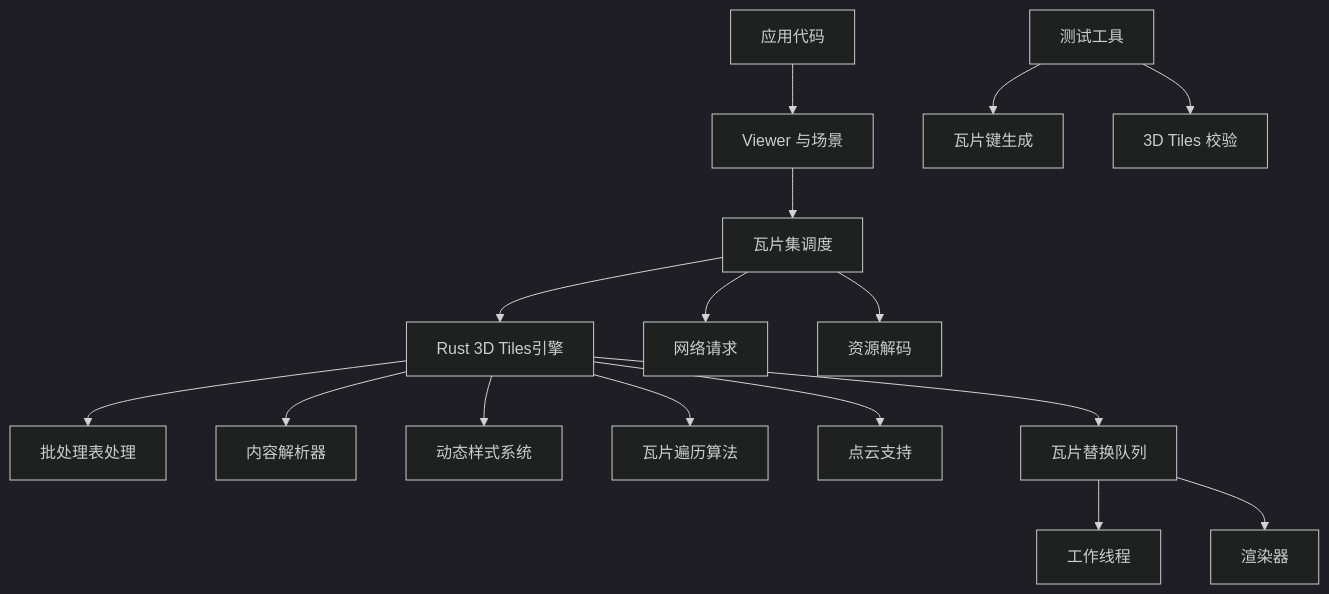
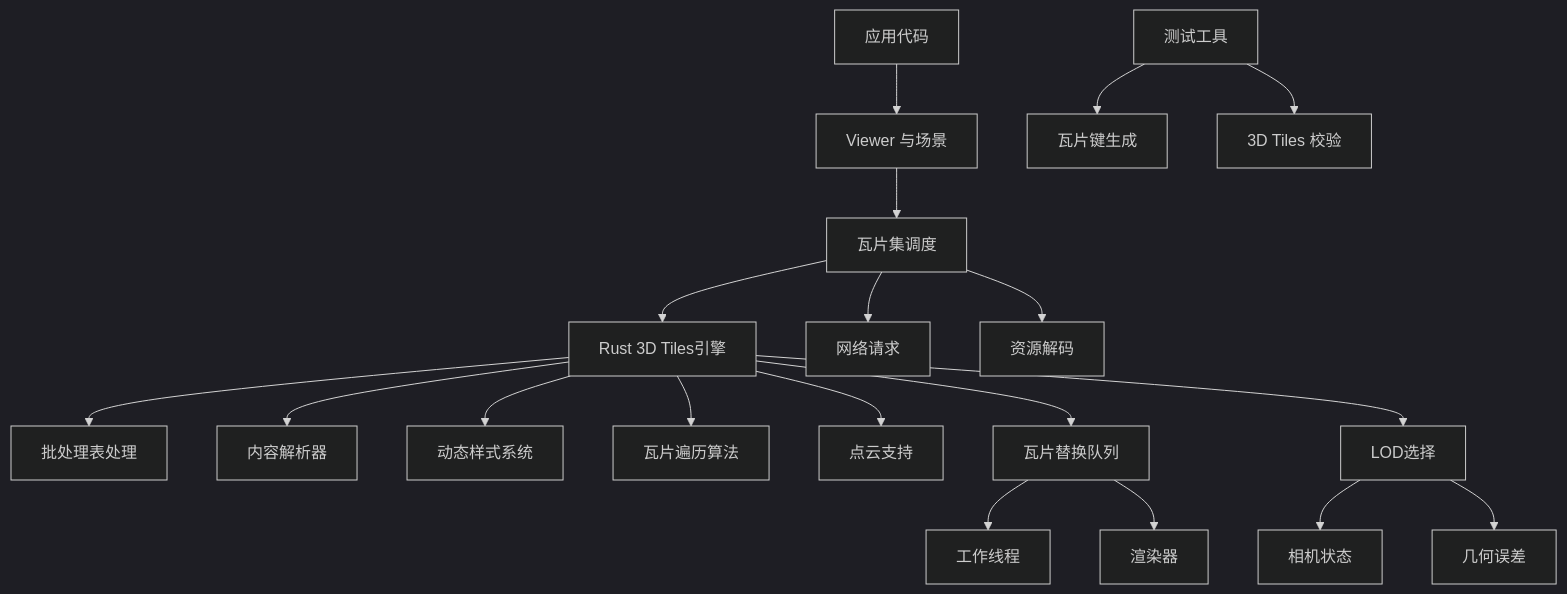
Before and after one commit to rzhangjing/cesium: diagram 11 of 11 in .qoder/repowiki/zh/content/项目概述/核心特性/3D数据格式支持/3D Tiles标准支持/瓦片集管理.md, drawn with Mermaid (dark theme). The commit also changed other lines of this file and 407 other files, not shown here.

````diff
--- a/.qoder/repowiki/zh/content/项目概述/核心特性/3D数据格式支持/3D Tiles标准支持/瓦片集管理.md
+++ b/.qoder/repowiki/zh/content/项目概述/核心特性/3D数据格式支持/3D Tiles标准支持/瓦片集管理.md
@@ -398,18 +464,21 @@
 ```mermaid
 graph TB
 App["应用代码"] --> Viewer["Viewer 与场景"]
 Viewer --> Tileset["瓦片集调度"]
 Tileset --> RustEngine["Rust 3D Tiles引擎"]
 RustEngine --> BatchTable["批处理表处理"]
 RustEngine --> ContentDecoder["内容解析器"]
 RustEngine --> Styling["动态样式系统"]
 RustEngine --> Traversal["瓦片遍历算法"]
 RustEngine --> PointCloud["点云支持"]
 RustEngine --> ReplacementQueue["瓦片替换队列"]
+RustEngine --> LODSelection["LOD选择"]
 ReplacementQueue --> Worker["工作线程"]
 ReplacementQueue --> Renderer["渲染器"]
+LODSelection --> CameraState["相机状态"]
+LODSelection --> GeometryError["几何误差"]
 Tileset --> Net["网络请求"]
 Tileset --> Decode["资源解码"]
 Test["测试工具"] --> KeyGen["瓦片键生成"]
 Test --> Checker["3D Tiles 校验"]
 ```
````
